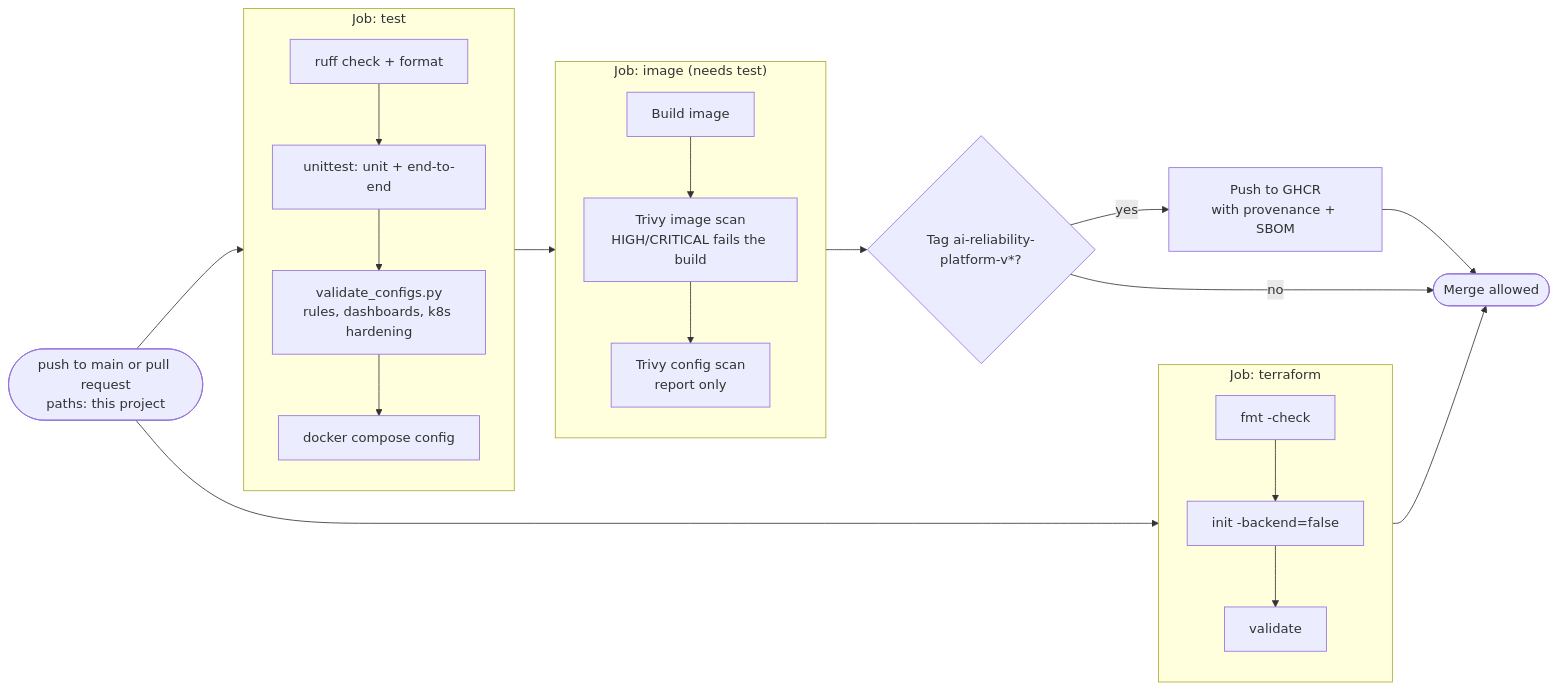
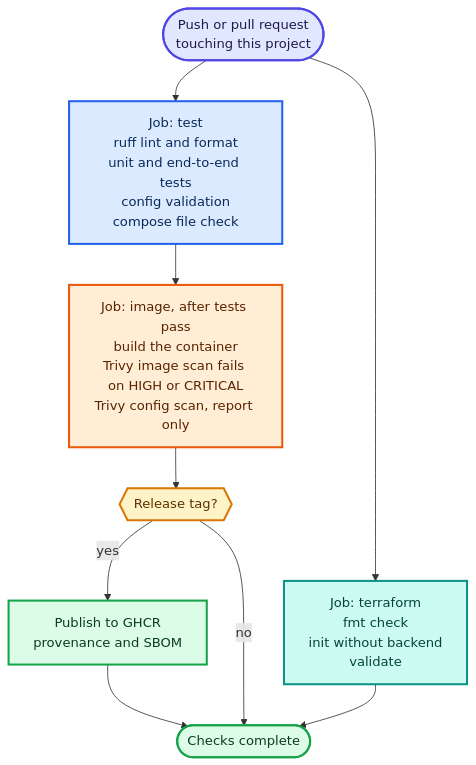
One commit to Joxejaime/Projects-2026 changed the fifth of 5 diagrams in projects/ai-reliability-platform/docs/schematics/README.md. Above: the diagram before and after it, drawn with Mermaid. The commit also changed other lines of this file and 62 other files, not shown here.

First line of the commit message:
Colour the schematics and add LinkedIn cards and carousels

````diff
--- a/projects/ai-reliability-platform/docs/schematics/README.md
+++ b/projects/ai-reliability-platform/docs/schematics/README.md
@@ -162,33 +184,35 @@
 ```mermaid
 %% title: Delivery pipeline (GitHub Actions)
-%% caption: .github/workflows/ai-reliability-platform.yml at the repository root. The three jobs run on every push to main and pull request touching this project; the image job waits for tests. Only a tag named ai-reliability-platform-vX.Y.Z publishes to GHCR.
-flowchart LR
-    trigger(["push to main or pull request<br/>paths: this project"])
-
-    subgraph test["Job: test"]
-        direction TB
-        t1["ruff check + format"] --> t2["unittest: unit + end-to-end"] --> t3["validate_configs.py<br/>rules, dashboards, k8s hardening"] --> t4["docker compose config"]
-    end
-
-    subgraph tf["Job: terraform"]
-        direction TB
-        f1["fmt -check"] --> f2["init -backend=false"] --> f3["validate"]
-    end
-
-    subgraph img["Job: image (needs test)"]
-        direction TB
-        i1["Build image"] --> i2["Trivy image scan<br/>HIGH/CRITICAL fails the build"] --> i3["Trivy config scan<br/>report only"]
-    end
-
-    tag{"Tag ai-reliability-platform-v*?"}
-    release["Push to GHCR<br/>with provenance + SBOM"]
-    done(["Merge allowed"])
-
+%% headline: Every change is linted, tested, scanned and validated
+%% takeaway: Tests, Terraform checks and a Trivy image scan run before anything is released.
+%% legend: entry=Trigger,app=Test job,guard=Terraform job,cloud=Image job,data=Release gate,ok=Done
+%% caption: .github/workflows/ai-reliability-platform.yml at the repository root. The test and terraform jobs run on every push to main and pull request touching this project; the image job waits for tests. Only a tag named ai-reliability-platform-vX.Y.Z publishes to GHCR.
+flowchart TB
+    trigger(["Push or pull request<br/>touching this project"])
+    test["Job: test<br/>ruff lint and format<br/>unit and end-to-end tests<br/>config validation<br/>compose file check"]
+    tf["Job: terraform<br/>fmt check<br/>init without backend<br/>validate"]
+    img["Job: image, after tests pass<br/>build the container<br/>Trivy image scan fails on HIGH or CRITICAL<br/>Trivy config scan, report only"]
+    tag{{"Release tag?"}}
+    release["Publish to GHCR<br/>provenance and SBOM"]
+    done(["Checks complete"])
     trigger --> test
     trigger --> tf
     test --> img
     img --> tag
     tag -- yes --> release --> done
     tag -- no --> done
     tf --> done
+
+    classDef entry fill:#E0E7FF,stroke:#4F46E5,stroke-width:2.5px,color:#1E1B4B
+    classDef app fill:#DBEAFE,stroke:#2563EB,stroke-width:2.5px,color:#0B2A5B
+    classDef guard fill:#CCFBF1,stroke:#0D9488,stroke-width:2.5px,color:#04443F
+    classDef data fill:#FEF3C7,stroke:#D97706,stroke-width:2.5px,color:#5B3300
+    classDef ok fill:#DCFCE7,stroke:#16A34A,stroke-width:2.5px,color:#0B3D1E
+    classDef cloud fill:#FFEDD5,stroke:#EA580C,stroke-width:2.5px,color:#5A2300
+    class trigger entry
+    class test app
+    class tf guard
+    class img cloud
+    class tag data
+    class release,done ok
 ```
````
